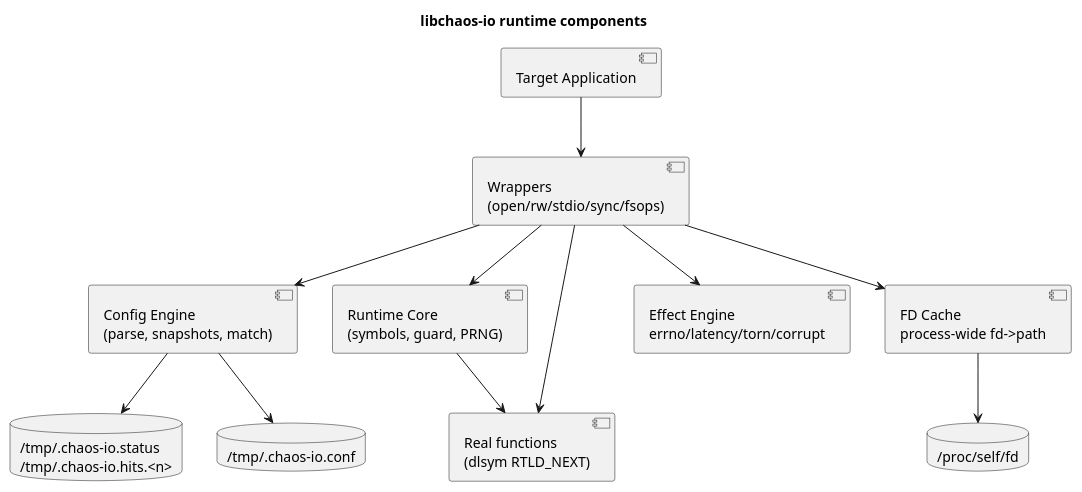
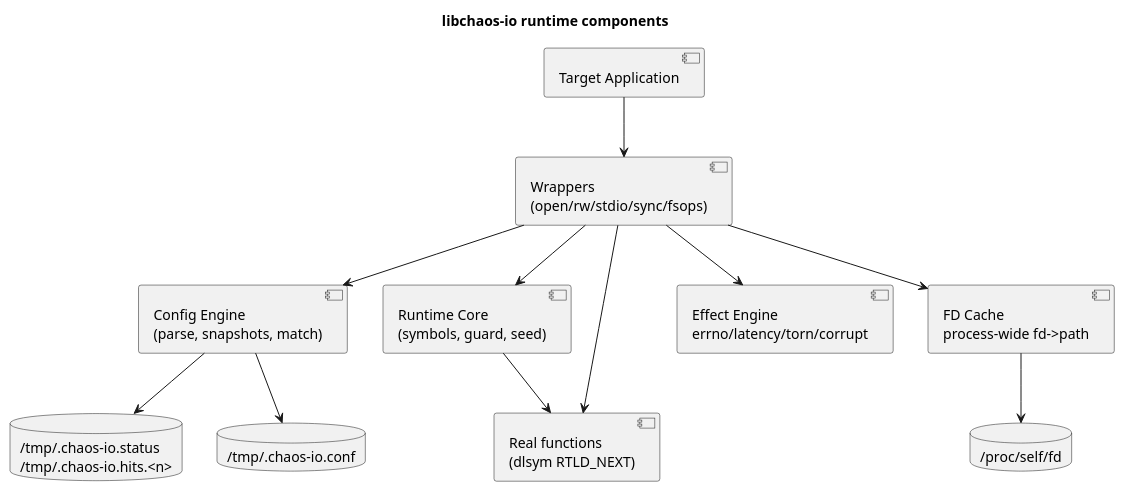
Before and after one commit to macstab/macstab-chaos-testing-libraries: the first of 4 diagrams in docs/IO.md, drawn with PlantUML. The commit also changed other lines of this file and 59 other files, not shown here.

````diff
--- a/docs/IO.md
+++ b/docs/IO.md
@@ -387,27 +387,27 @@
 ```plantuml
 @startuml
 title libchaos-io runtime components
 
 component "Target Application" as App
 component "Wrappers\n(open/rw/stdio/sync/fsops)" as Wrappers
-component "Runtime Core\n(symbols, guard, PRNG)" as Core
+component "Runtime Core\n(symbols, guard, seed)" as Core
 component "Config Engine\n(parse, snapshots, match)" as Config
 component "FD Cache\nprocess-wide fd->path" as Cache
 component "Effect Engine\nerrno/latency/torn/corrupt" as Effects
 component "Real functions\n(dlsym RTLD_NEXT)" as Libc
 database "/tmp/.chaos-io.conf" as ConfigFile
 database "/tmp/.chaos-io.status\n/tmp/.chaos-io.hits.<n>" as Reports
 database "/proc/self/fd" as ProcFd
 
 App --> Wrappers
 Wrappers --> Core
 Wrappers --> Config
 Wrappers --> Cache
 Wrappers --> Effects
 Wrappers --> Libc
 Config --> ConfigFile
 Config --> Reports
 Cache --> ProcFd
 Core --> Libc
 @enduml
 ```
````
